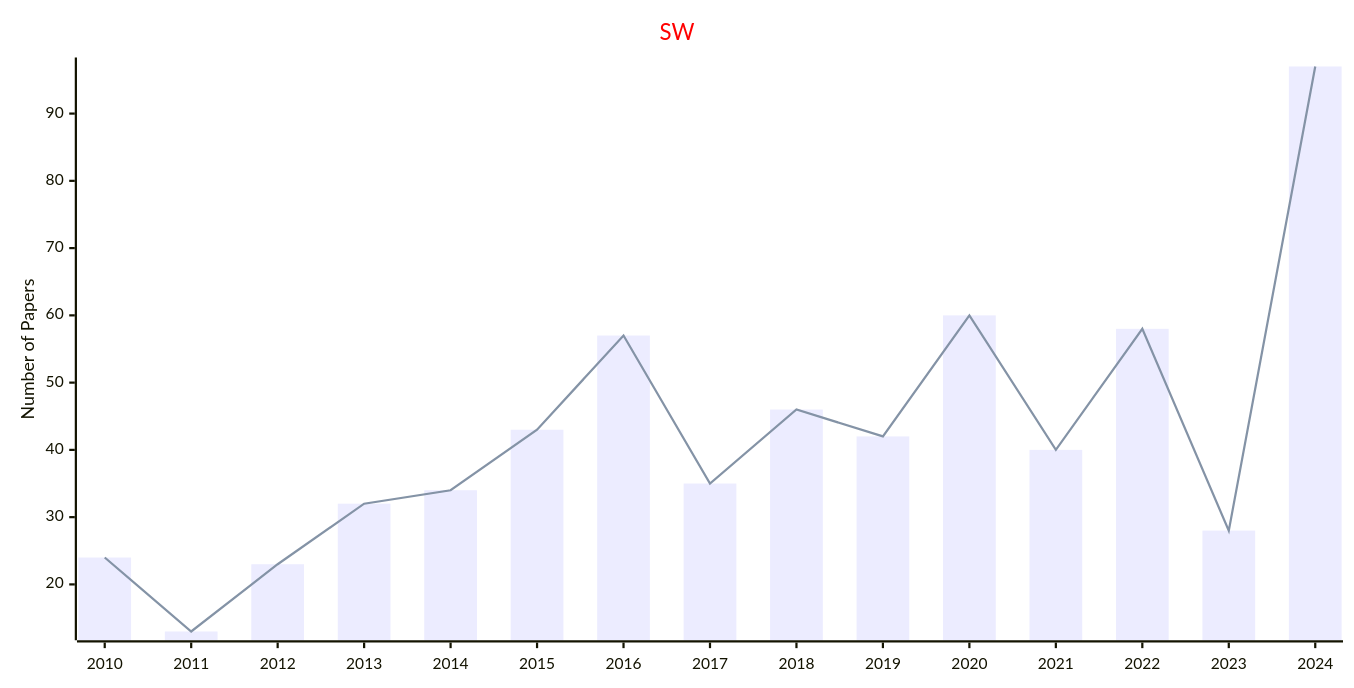
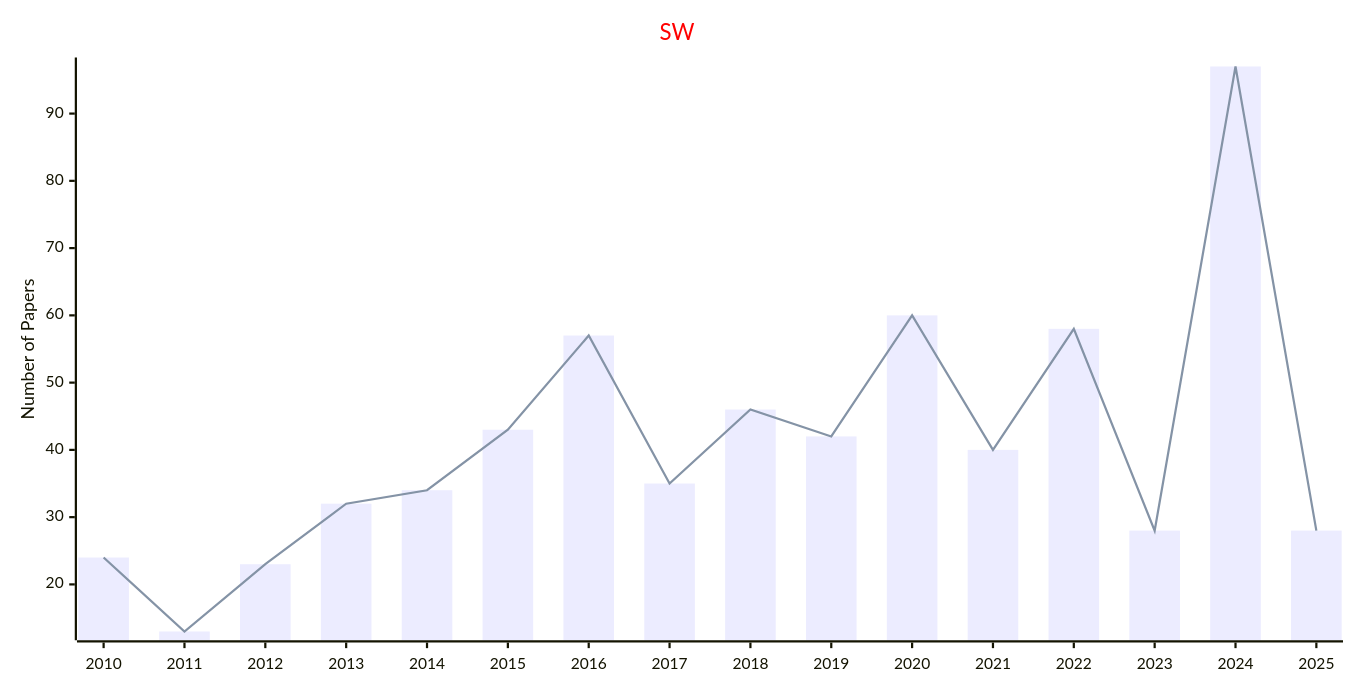
One commit to Easy-PhD/AILinks changed the second of 2 diagrams in docs/data/Journals/Statistics_Journals/Semantic_Web.md. Above: the diagram before and after it, drawn with Mermaid. The commit also changed other lines of this file and 93 other files, not shown here.

````diff
--- a/docs/data/Journals/Statistics_Journals/Semantic_Web.md
+++ b/docs/data/Journals/Statistics_Journals/Semantic_Web.md
@@ -33,17 +33,17 @@
 ```mermaid
 ---
 config:
     xyChart:
         width: 1200
         height: 600
     themeVariables:
         xyChart:
             titleColor: "#ff0000"
 ---
 xychart-beta
     title "SW"
-    x-axis [2010, 2011, 2012, 2013, 2014, 2015, 2016, 2017, 2018, 2019, 2020, 2021, 2022, 2023, 2024]
+    x-axis [2010, 2011, 2012, 2013, 2014, 2015, 2016, 2017, 2018, 2019, 2020, 2021, 2022, 2023, 2024, 2025]
     y-axis "Number of Papers"
-    bar [24, 13, 23, 32, 34, 43, 57, 35, 46, 42, 60, 40, 58, 28, 97]
-    line [24, 13, 23, 32, 34, 43, 57, 35, 46, 42, 60, 40, 58, 28, 97]
+    bar [24, 13, 23, 32, 34, 43, 57, 35, 46, 42, 60, 40, 58, 28, 97, 28]
+    line [24, 13, 23, 32, 34, 43, 57, 35, 46, 42, 60, 40, 58, 28, 97, 28]
 ```
````
